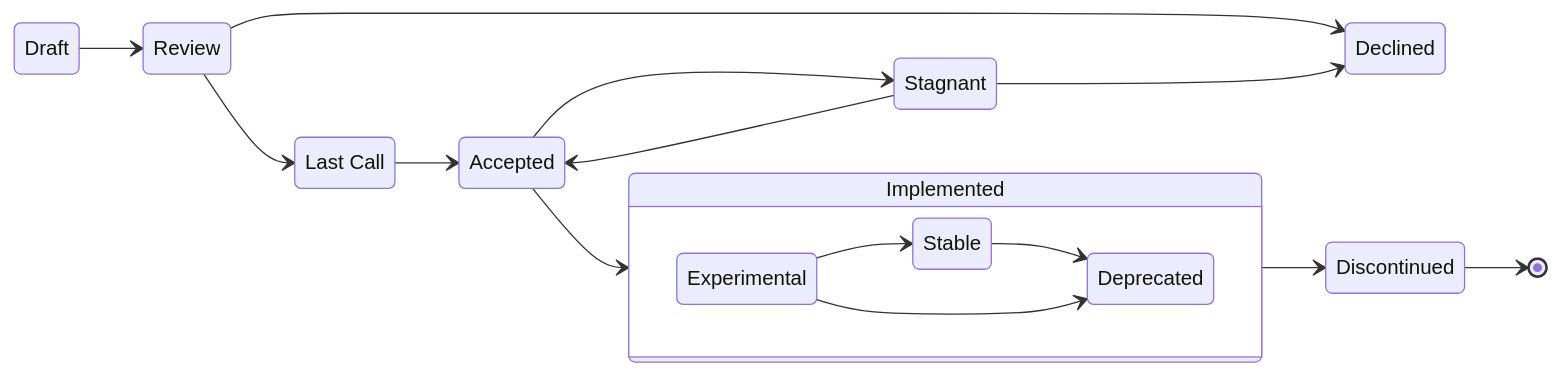
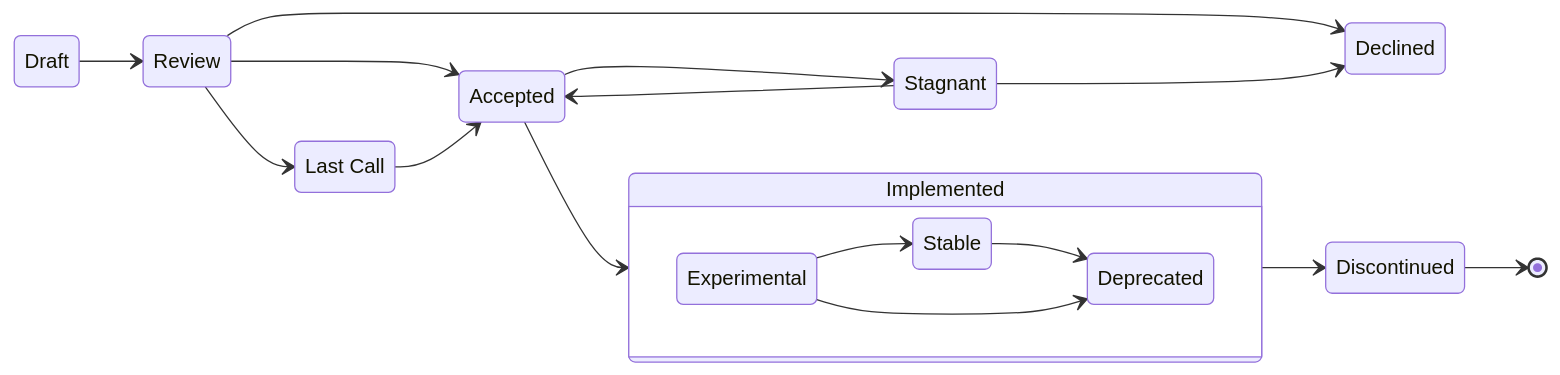
Before and after one commit to MetaMask/metamask-improvement-proposals: the diagram in PROCESS-GUIDE.md, drawn with Mermaid. The commit also changed other lines of this file and 2 other files, not shown here.

````diff
--- a/PROCESS-GUIDE.md
+++ b/PROCESS-GUIDE.md
@@ -76,21 +60,22 @@
 ```mermaid
 stateDiagram-v2
     direction LR
     Draft-->Review
 	Review-->Declined
 	state "Last Call" as LC
-    Review-->LC  
+    Review-->LC
+    Review-->Accepted  
 	LC-->Accepted
 	Stagnant-->Declined
     Accepted-->Stagnant
 	Stagnant-->Accepted
     Accepted-->Implemented
     state Implemented {
 		direction LR
 		Experimental-->Stable
 	    Stable-->Deprecated
 		Experimental-->Deprecated
 	}
 	Implemented-->Discontinued
 	Discontinued-->[*]
 ```
````
